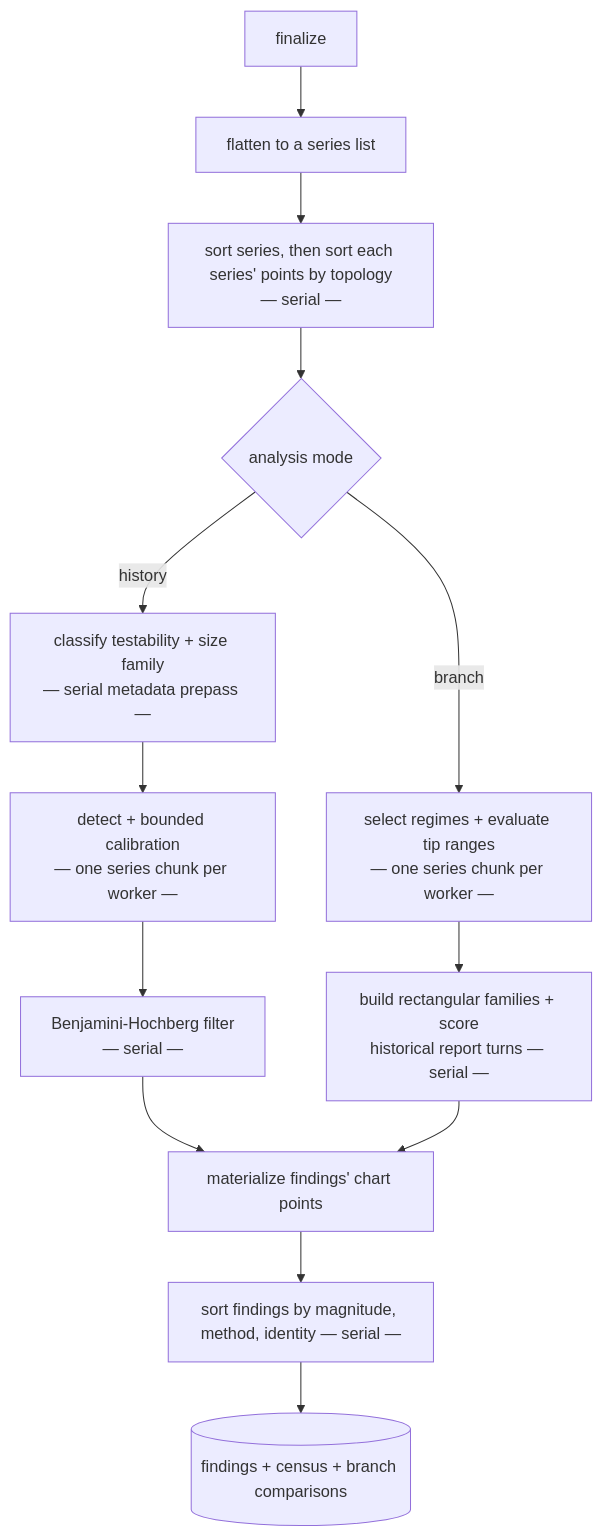
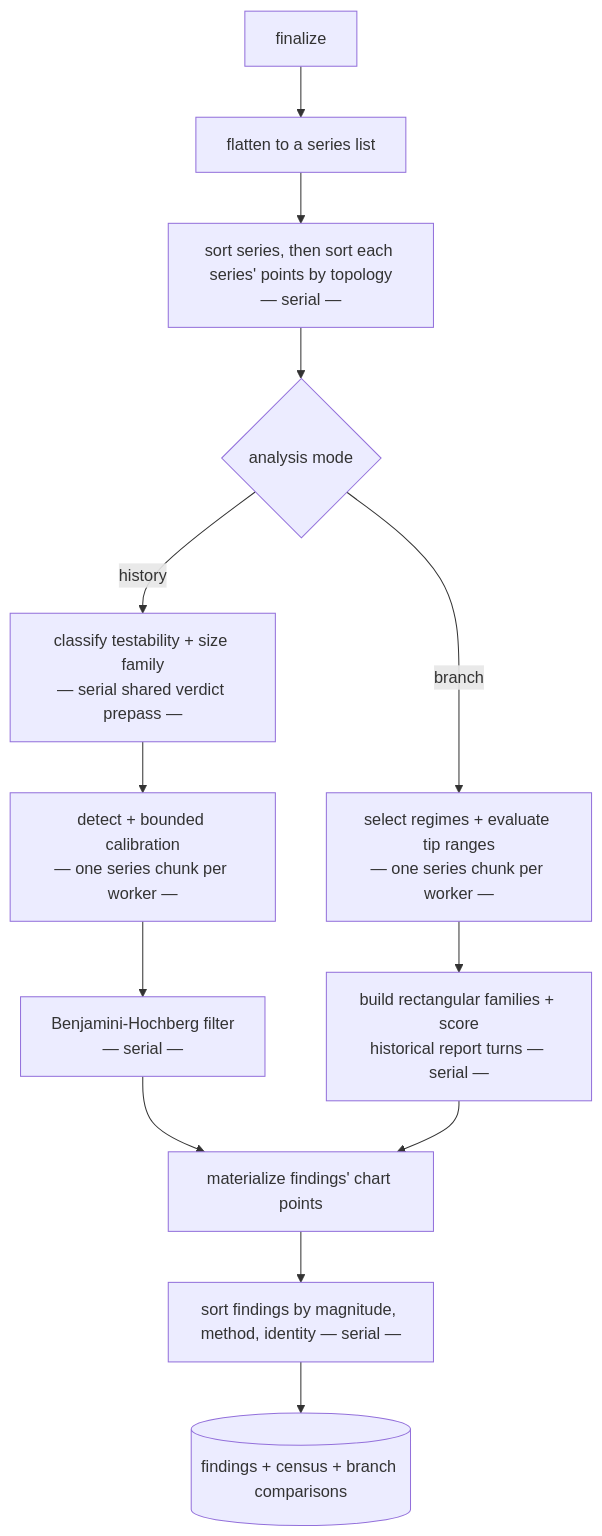
The third of 4 diagrams in packages/cargo-bench-history/docs/analyze.md (folo-rs/folo), drawn with Mermaid before and after one commit. The commit also changed other lines of this file and 5 other files, not shown here.

First line of the commit message:
Unify branch testability verdict

````diff
--- a/packages/cargo-bench-history/docs/analyze.md
+++ b/packages/cargo-bench-history/docs/analyze.md
@@ -116,15 +116,15 @@
 ```mermaid
 flowchart TD
   FIN["finalize"] --> FLAT["flatten to a series list"]
   FLAT --> SS["sort series, then sort each series' points by topology\n— serial —"]
   SS --> MODE{"analysis mode"}
-  MODE -->|history| CENSUS["classify testability + size family\n— serial metadata prepass —"]
+  MODE -->|history| CENSUS["classify testability + size family\n— serial shared verdict prepass —"]
   CENSUS --> HD["detect + bounded calibration\n— one series chunk per worker —"]
   HD --> BH["Benjamini-Hochberg filter\n— serial —"]
   MODE -->|branch| BP["select regimes + evaluate tip ranges\n— one series chunk per worker —"]
   BP --> BC["build rectangular families + score\nhistorical report turns — serial —"]
   BH --> MAT["materialize findings' chart points"]
   BC --> MAT
   MAT --> SF["sort findings by magnitude, method, identity — serial —"]
   SF --> FINDINGS[("findings + census + branch comparisons")]
 ```
````
